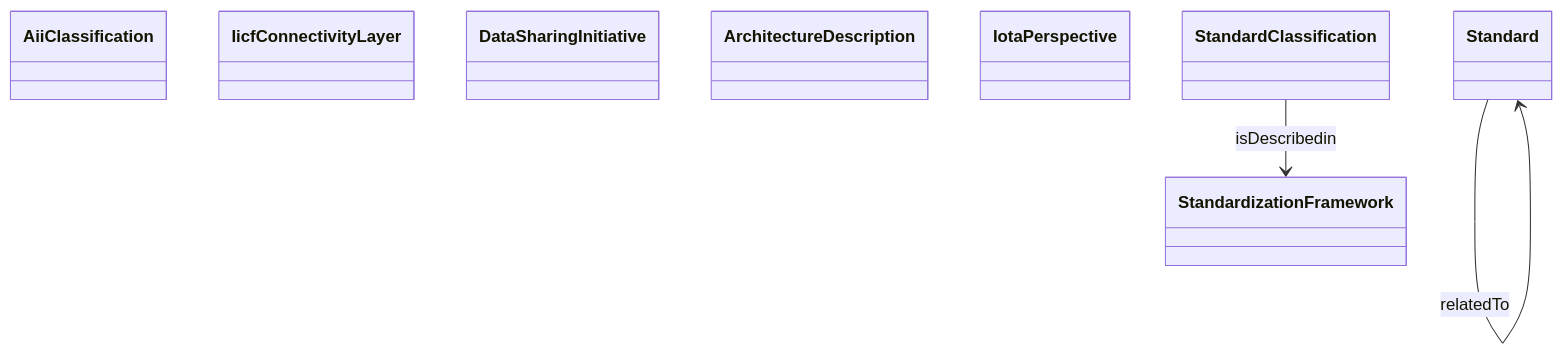
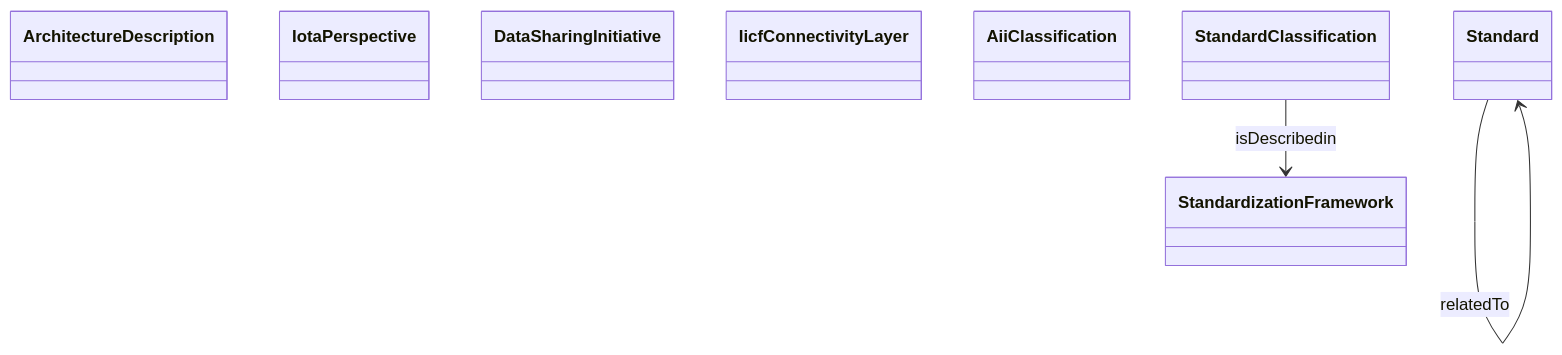
The diagram in output/ieswc_object_property/i40.ttl-abstract.md (oeg-upm/Devos), drawn with Mermaid before and after one commit. The commit also changed other lines of this file and 52 other files, not shown here.

````diff
--- a/output/ieswc_object_property/i40.ttl-abstract.md
+++ b/output/ieswc_object_property/i40.ttl-abstract.md
@@ -1,31 +1,31 @@
 ```mermaid
 	classDiagram
 
     
-    class AiiClassification {
+    class ArchitectureDescription {
+    
+    }
+
+    class IotaPerspective {
+    
+    }
+
+    class DataSharingInitiative {
     
     }
 
     class IicfConnectivityLayer {
     
     }
 
-    class DataSharingInitiative {
-    
-    }
-
-    class ArchitectureDescription {
-    
-    }
-
-    class IotaPerspective {
+    class AiiClassification {
     
     }
 
 
 
 StandardClassification  --> StandardizationFramework   :isDescribedin  
 
 Standard  --> Standard   :relatedTo  
 
 ```
````
